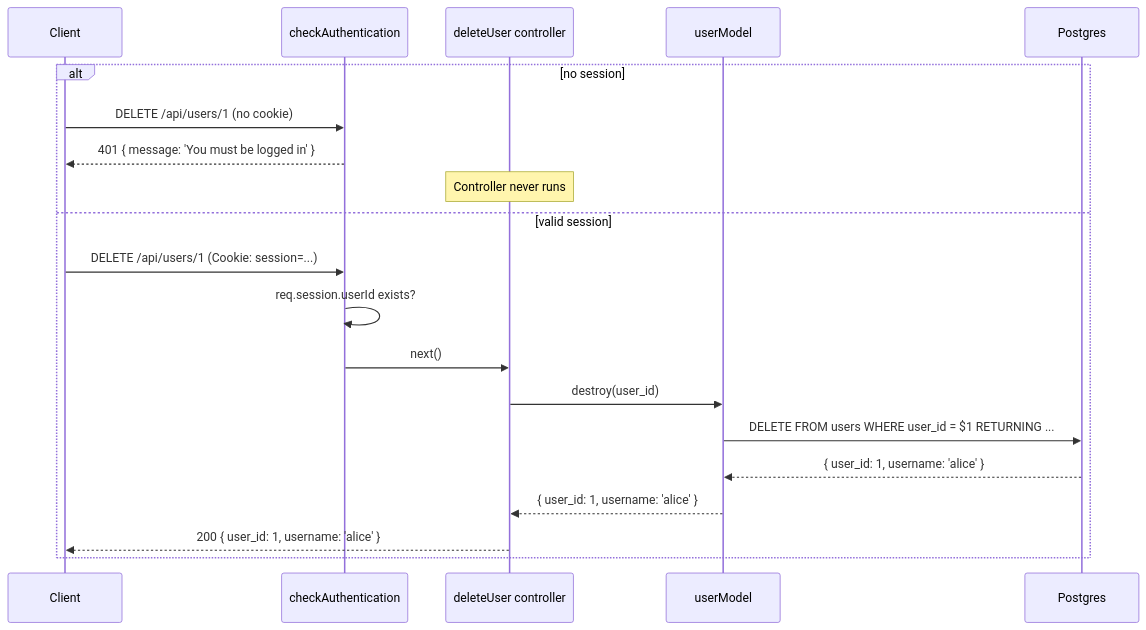
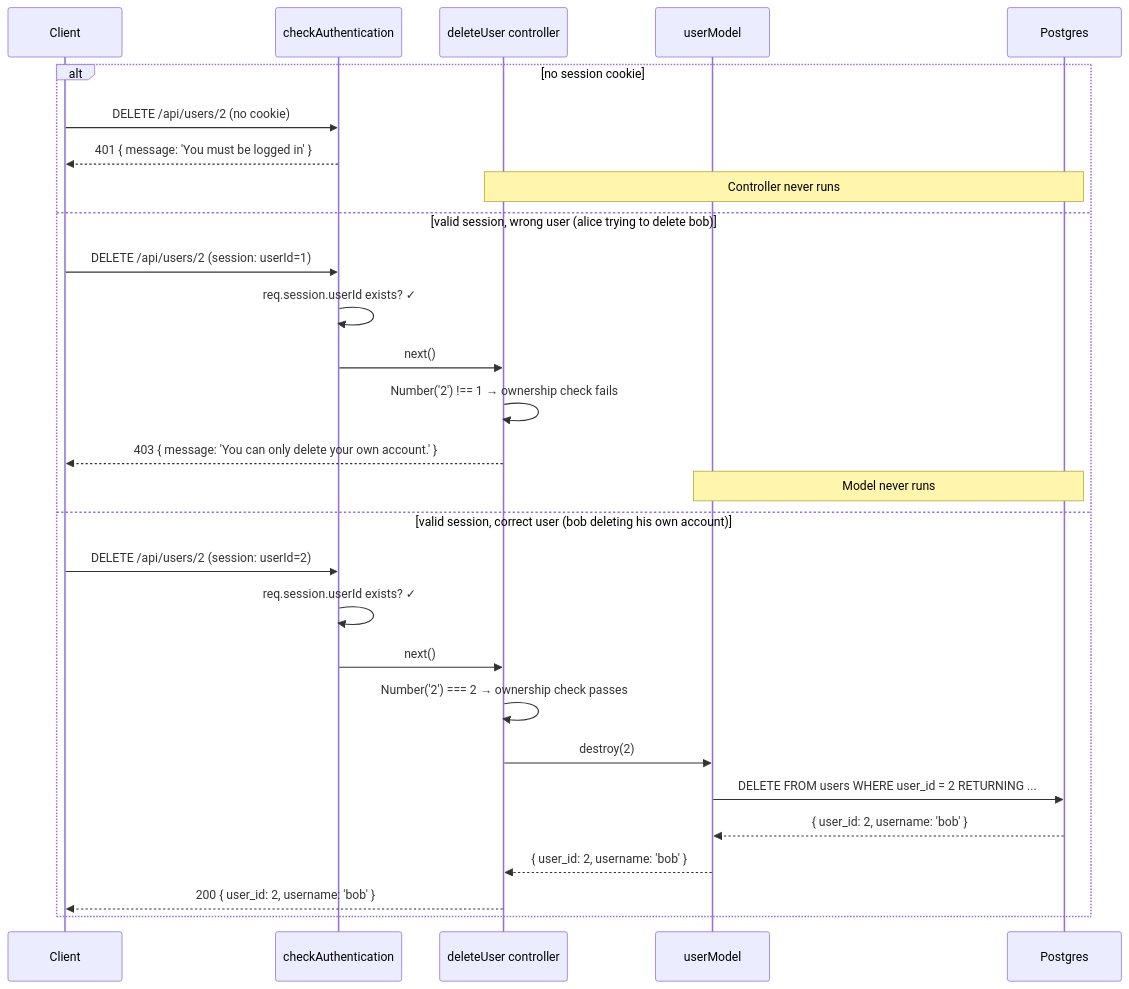
Before and after one commit to The-Marcy-Lab-School/marcy-curriculum-docs: the diagram in mod-6-databases/11-authorization-middleware.md, drawn with Mermaid. The commit also changed other lines of this file, not shown here.

Commit message:
restructuring for better flow

````diff
--- a/mod-6-databases/11-authorization-middleware.md
+++ b/mod-6-databases/11-authorization-middleware.md
@@ -140,23 +377,31 @@
 ```mermaid
 sequenceDiagram
   participant C as Client
   participant MW as checkAuthentication
   participant Ctrl as deleteUser controller
   participant M as userModel
   participant DB as Postgres
 
-  alt no session
-    C->>MW: DELETE /api/users/1 (no cookie)
+  alt no session cookie
+    C->>MW: DELETE /api/users/2 (no cookie)
     MW-->>C: 401 { message: 'You must be logged in' }
-    Note over Ctrl: Controller never runs
-  else valid session
-    C->>MW: DELETE /api/users/1 (Cookie: session=...)
-    MW->>MW: req.session.userId exists?
+    Note over Ctrl,DB: Controller never runs
+  else valid session, wrong user (alice trying to delete bob)
+    C->>MW: DELETE /api/users/2 (session: userId=1)
+    MW->>MW: req.session.userId exists? ✓
     MW->>Ctrl: next()
-    Ctrl->>M: destroy(user_id)
-    M->>DB: DELETE FROM users WHERE user_id = $1 RETURNING ...
-    DB-->>M: { user_id: 1, username: 'alice' }
-    M-->>Ctrl: { user_id: 1, username: 'alice' }
-    Ctrl-->>C: 200 { user_id: 1, username: 'alice' }
+    Ctrl->>Ctrl: Number('2') !== 1 → ownership check fails
+    Ctrl-->>C: 403 { message: 'You can only delete your own account.' }
+    Note over M,DB: Model never runs
+  else valid session, correct user (bob deleting his own account)
+    C->>MW: DELETE /api/users/2 (session: userId=2)
+    MW->>MW: req.session.userId exists? ✓
+    MW->>Ctrl: next()
+    Ctrl->>Ctrl: Number('2') === 2 → ownership check passes
+    Ctrl->>M: destroy(2)
+    M->>DB: DELETE FROM users WHERE user_id = 2 RETURNING ...
+    DB-->>M: { user_id: 2, username: 'bob' }
+    M-->>Ctrl: { user_id: 2, username: 'bob' }
+    Ctrl-->>C: 200 { user_id: 2, username: 'bob' }
   end
 ```
````
